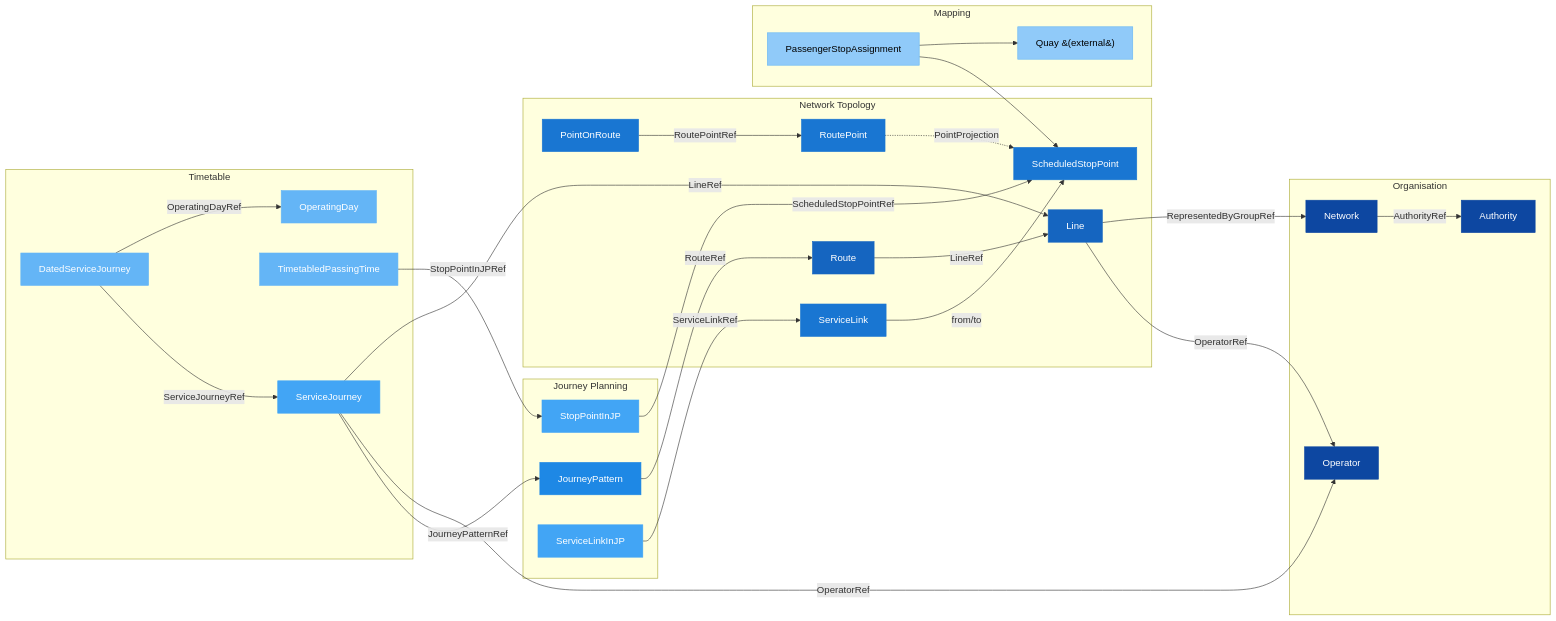
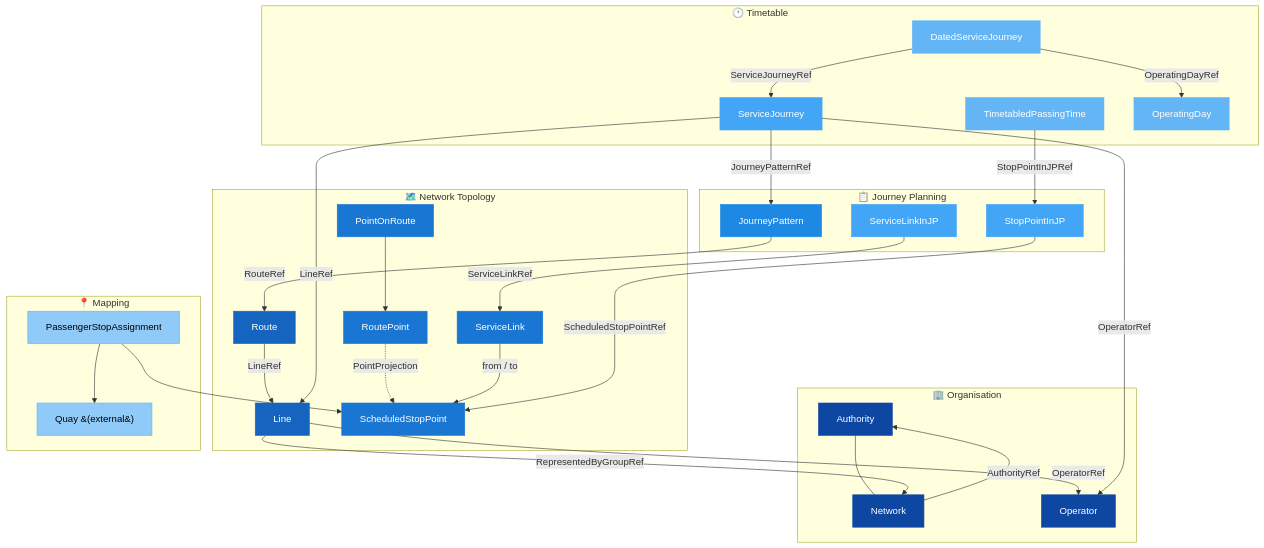
The fifth of 5 diagrams in Guides/NetworkTimetable/NetworkTimetable_Guide.md (hfjelstad/NeTEx_UIC_Migration), drawn with Mermaid before and after one commit.

Commit message:
Redesign Reference Chain diagram: LR to TD layout
- Switch from graph LR to graph TD for cleaner top-down flow
- Reorder subgroups: Organisation > Network > Journey Planning > Timetable > Mapping
- Add emoji labels to subgraph titles for visual distinction
- Reduce edge crossings by grouping related nodes closer together
- PointOnRoute -> RoutePoint inline within Network subgraph

````diff
--- a/Guides/NetworkTimetable/NetworkTimetable_Guide.md
+++ b/Guides/NetworkTimetable/NetworkTimetable_Guide.md
@@ -209,73 +209,75 @@
 ```mermaid
-graph LR
-    subgraph Organisation
+graph TD
+    subgraph org [" 🏢 Organisation"]
         AUTH["Authority"]
+        NET["Network"]
         OPR["Operator"]
-        NET["Network"]
     end
 
-    subgraph Network Topology
+    subgraph net [" 🗺️ Network Topology"]
         LN["Line"]
         RT["Route"]
-        POR["PointOnRoute"]
-        RPT["RoutePoint"]
+        POR["PointOnRoute"] --> RPT["RoutePoint"]
+        SLK["ServiceLink"]
         SSP["ScheduledStopPoint"]
-        SLK["ServiceLink"]
     end
 
-    subgraph Journey Planning
-        JP["JourneyPattern"]
+    subgraph jp [" 📋 Journey Planning"]
+        JPA["JourneyPattern"]
         SPJP["StopPointInJP"]
         SLJP["ServiceLinkInJP"]
     end
 
-    subgraph Timetable
+    subgraph tt [" 🕐 Timetable"]
         SJ["ServiceJourney"]
         TPT["TimetabledPassingTime"]
         DSJ["DatedServiceJourney"]
         OD["OperatingDay"]
     end
 
-    subgraph Mapping
+    subgraph map [" 📍 Mapping"]
         PSA["PassengerStopAssignment"]
         QY["Quay &#40;external&#41;"]
     end
 
+    AUTH --- NET
+    NET -->|AuthorityRef| AUTH
+    LN -->|RepresentedByGroupRef| NET
     LN -->|OperatorRef| OPR
-    LN -->|RepresentedByGroupRef| NET
-    NET -->|AuthorityRef| AUTH
     RT -->|LineRef| LN
-    POR -->|RoutePointRef| RPT
     RPT -.->|PointProjection| SSP
-    JP -->|RouteRef| RT
+    SLK -->|from / to| SSP
+
+    JPA -->|RouteRef| RT
     SPJP -->|ScheduledStopPointRef| SSP
     SLJP -->|ServiceLinkRef| SLK
-    SLK -->|from/to| SSP
-    SJ -->|JourneyPatternRef| JP
+
+    SJ -->|JourneyPatternRef| JPA
+    SJ -->|LineRef| LN
     SJ -->|OperatorRef| OPR
-    SJ -->|LineRef| LN
     TPT -->|StopPointInJPRef| SPJP
     DSJ -->|ServiceJourneyRef| SJ
     DSJ -->|OperatingDayRef| OD
+
     PSA --> SSP
     PSA --> QY
 
     style AUTH fill:#0D47A1,stroke:#0D47A1,color:#fff
+    style NET fill:#0D47A1,stroke:#0D47A1,color:#fff
     style OPR fill:#0D47A1,stroke:#0D47A1,color:#fff
-    style NET fill:#0D47A1,stroke:#0D47A1,color:#fff
     style LN fill:#1565C0,stroke:#1565C0,color:#fff
     style RT fill:#1565C0,stroke:#1565C0,color:#fff
     style POR fill:#1976D2,stroke:#1976D2,color:#fff
     style RPT fill:#1976D2,stroke:#1976D2,color:#fff
     style SSP fill:#1976D2,stroke:#1976D2,color:#fff
     style SLK fill:#1976D2,stroke:#1976D2,color:#fff
-    style JP fill:#1E88E5,stroke:#1E88E5,color:#fff
+    style JPA fill:#1E88E5,stroke:#1E88E5,color:#fff
     style SPJP fill:#42A5F5,stroke:#42A5F5,color:#fff
     style SLJP fill:#42A5F5,stroke:#42A5F5,color:#fff
     style SJ fill:#42A5F5,stroke:#42A5F5,color:#fff
     style TPT fill:#64B5F6,stroke:#64B5F6,color:#fff
     style DSJ fill:#64B5F6,stroke:#64B5F6,color:#fff
     style OD fill:#64B5F6,stroke:#64B5F6,color:#fff
     style PSA fill:#90CAF9,stroke:#64B5F6,color:#000
     style QY fill:#90CAF9,stroke:#64B5F6,color:#000
 ```
````
